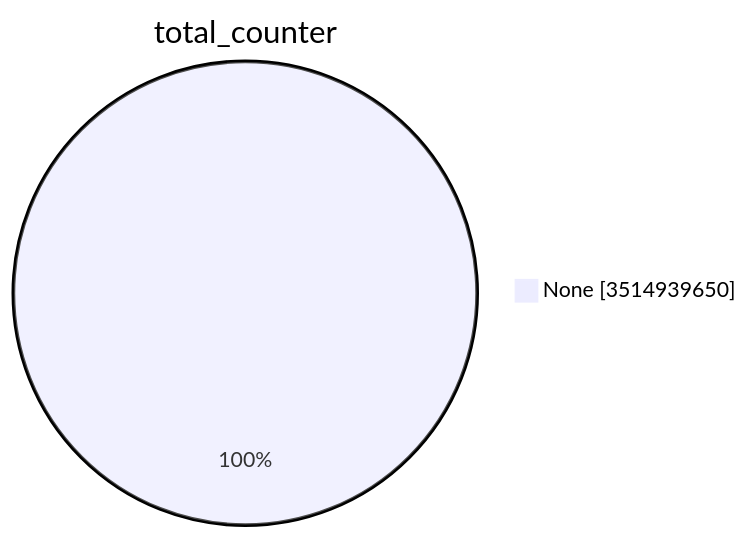
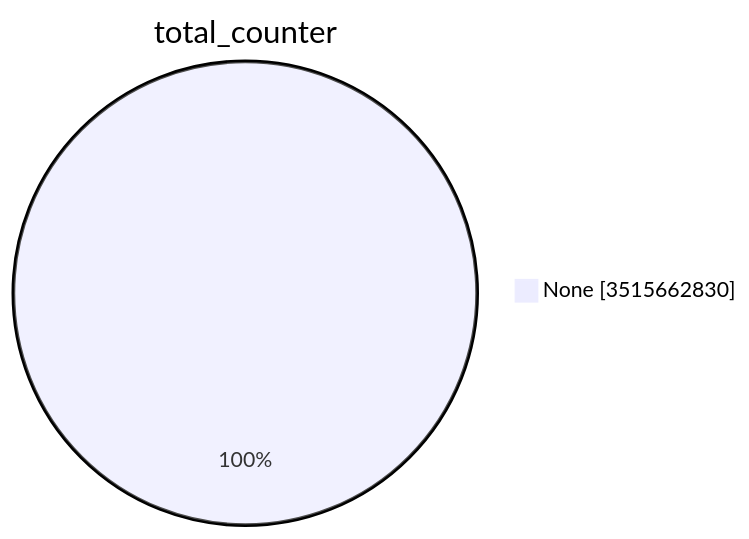
The first of 15 diagrams in TOTAL/README.md (christiankrug/ctmonitor_visualization), drawn with Mermaid before and after one commit. The commit also changed other lines of this file, not shown here.

````diff
--- a/TOTAL/README.md
+++ b/TOTAL/README.md
@@ -1,5 +1,5 @@
 ```mermaid
 pie showData
 title total_counter
-"None" :3514939650
+"None" :3515662830
 ```
````
